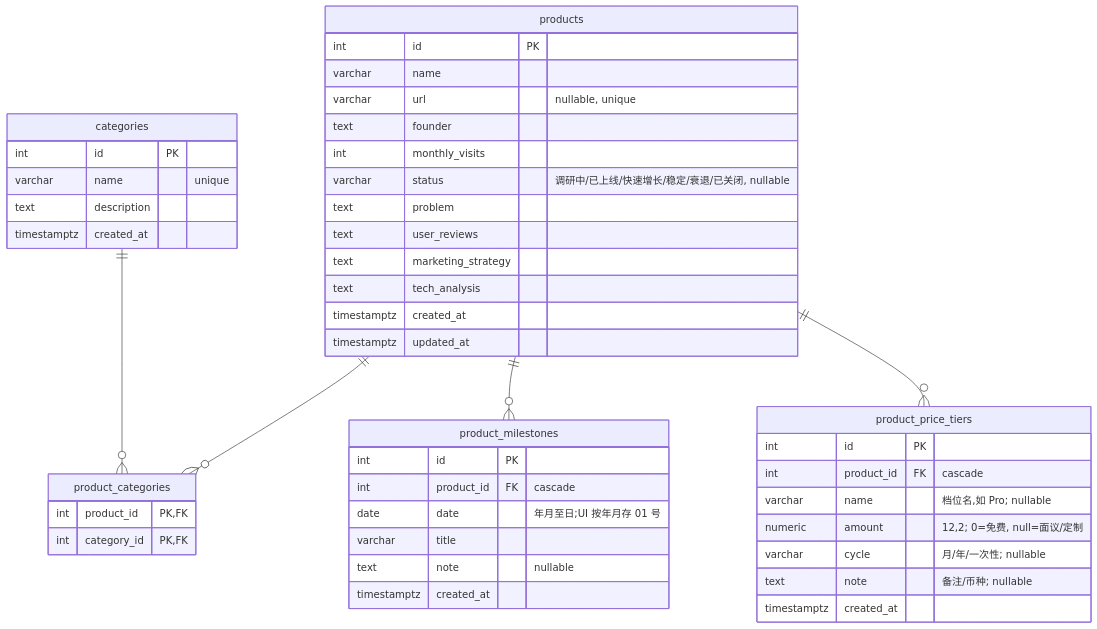
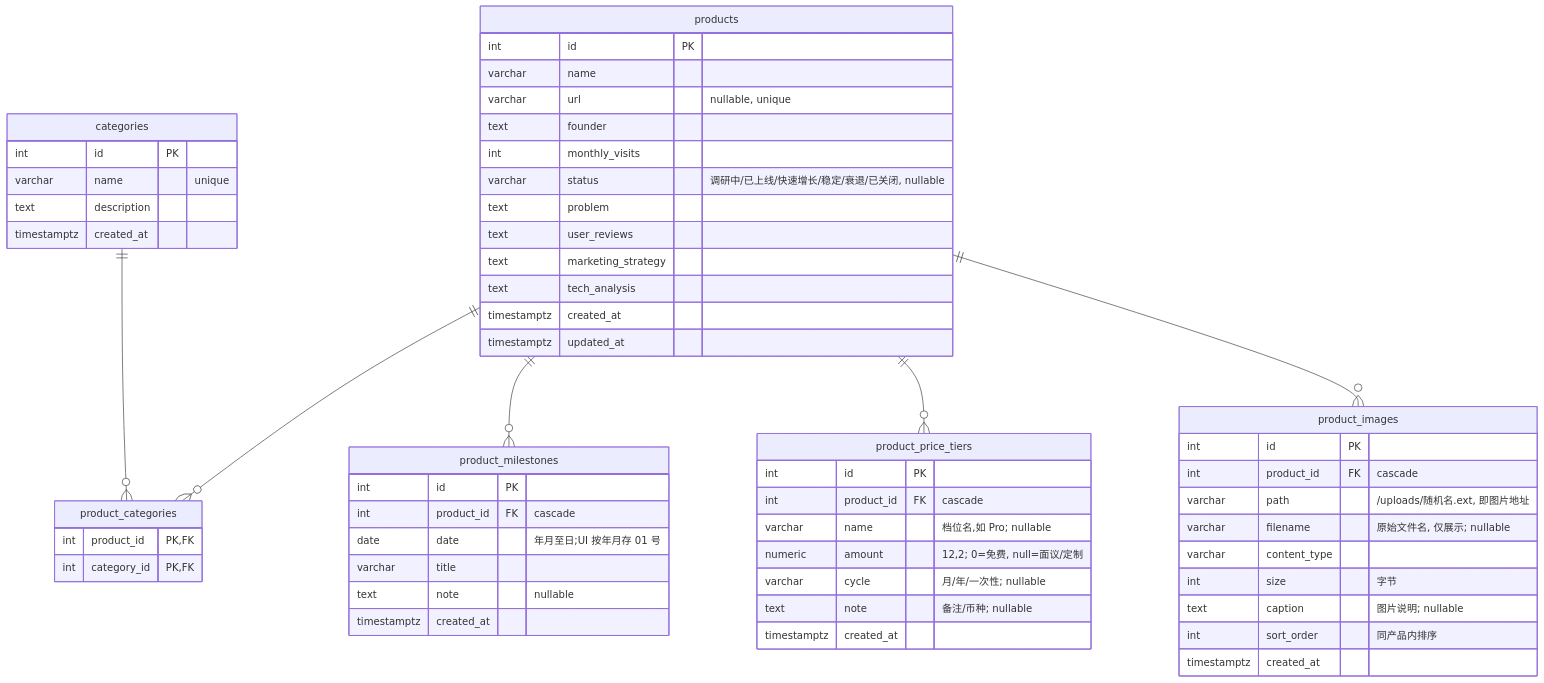
The diagram in doc/架构.md (notrick-no/producthub), drawn with Mermaid before and after one commit. The commit also changed other lines of this file and 18 other files, not shown here.

First line of the commit message:
feat: 产品素材图片(元数据入库 + uploads 静态托管)

````diff
--- a/doc/架构.md
+++ b/doc/架构.md
@@ -72,48 +74,60 @@
 ```mermaid
 erDiagram
   products ||--o{ product_categories : ""
   products ||--o{ product_milestones : ""
   products ||--o{ product_price_tiers : ""
+  products ||--o{ product_images : ""
   categories ||--o{ product_categories : ""
   products {
     int id PK
     varchar name
     varchar url "nullable, unique"
     text founder
     int monthly_visits
     varchar status "调研中/已上线/快速增长/稳定/衰退/已关闭, nullable"
     text problem
     text user_reviews
     text marketing_strategy
     text tech_analysis
     timestamptz created_at
     timestamptz updated_at
   }
   categories {
     int id PK
     varchar name "unique"
     text description
     timestamptz created_at
   }
   product_categories {
     int product_id PK,FK
     int category_id PK,FK
   }
   product_milestones {
     int id PK
     int product_id FK "cascade"
     date date "年月至日;UI 按年月存 01 号"
     varchar title
     text note "nullable"
     timestamptz created_at
   }
   product_price_tiers {
     int id PK
     int product_id FK "cascade"
     varchar name "档位名,如 Pro; nullable"
     numeric amount "12,2; 0=免费, null=面议/定制"
     varchar cycle "月/年/一次性; nullable"
     text note "备注/币种; nullable"
     timestamptz created_at
   }
+  product_images {
+    int id PK
+    int product_id FK "cascade"
+    varchar path "/uploads/随机名.ext, 即图片地址"
+    varchar filename "原始文件名, 仅展示; nullable"
+    varchar content_type
+    int size "字节"
+    text caption "图片说明; nullable"
+    int sort_order "同产品内排序"
+    timestamptz created_at
+  }
 ```
````
